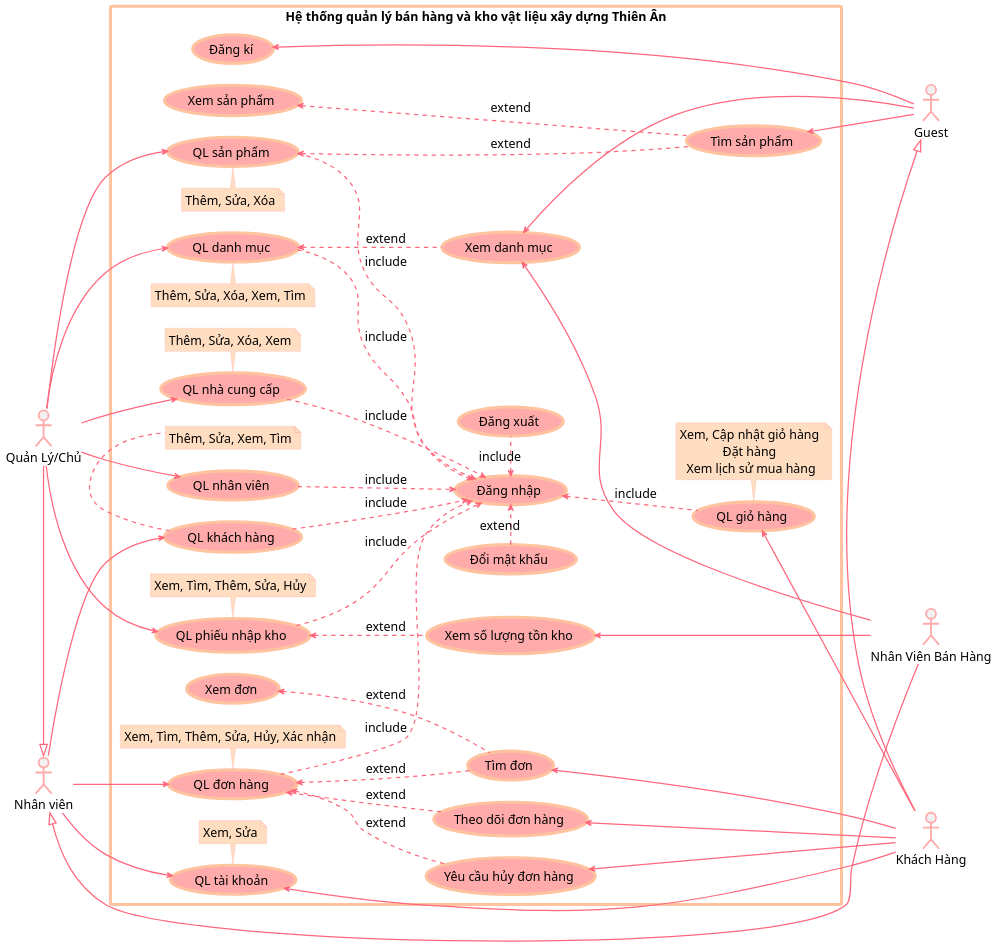
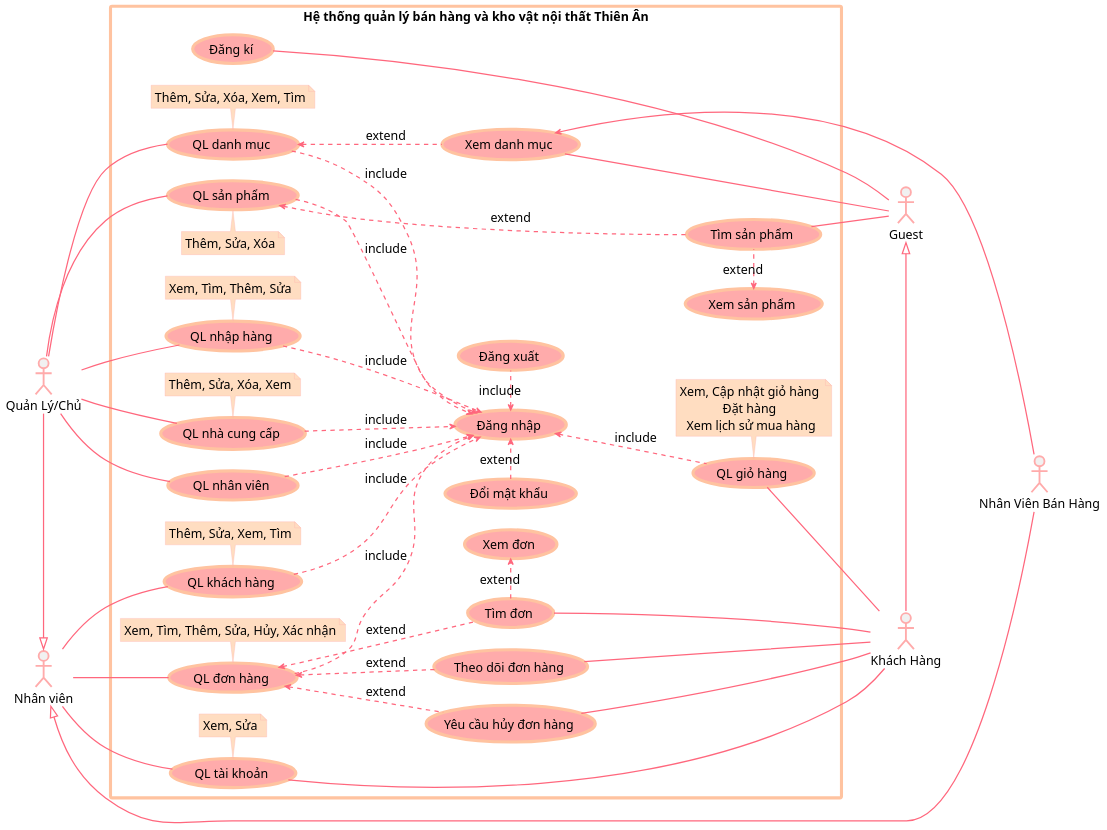
One commit to ThanhdatOris/LAB2211 changed the diagram in assets/plantuml/Oris/OrisUC/Oris-NewUC.puml. Above: the diagram before and after it, drawn with PlantUML. The commit also changed other lines of this file and 4 other files, not shown here.

```diff
--- a/assets/plantuml/Oris/OrisUC/Oris-NewUC.puml
+++ b/assets/plantuml/Oris/OrisUC/Oris-NewUC.puml
@@ -5,175 +5,175 @@
 @startuml
 
 skinparam shadowing false
 skinparam defaultFontName Montserrat
 skinparam defaultFontSize 20
 skinparam ArrowThickness 2
 skinparam ArrowMessageAlignment center
 skinparam ArrowHeadColor #FF677D
 
 
 skinparam note {
     BackgroundColor #FFDDC1
     BorderColor #FFABAB
     FontName Montserrat
     TextAlign center
 }
 skinparam usecase {
     BackgroundColor #FFABAB
     BorderColor #FFC3A0
     ArrowColor #FF677D
     FontName Montserrat
     BorderThickness 5
 }
 skinparam actor {
     BorderColor #FFABAB
     BorderThickness 3
 }
 
 skinparam rectangle {
     FontName "Montserrat BLack"
     BorderColor #FFC3A0
     BorderThickness 5
     ArrowColor #FF677D
 }
 
 left to right direction
 
 '------------- Actor -------------
 
 actor "Nhân viên" as NV
 actor "Quản Lý/Chủ" as NVQL
 actor "Nhân Viên Bán Hàng" as NVBH
 actor "Guest" as GUEST
 actor "Khách Hàng" as KH
 
     '----------- Kế thừa -----------
 
     ' NVQL --|> NV
     NV <|-left- NVQL
     ' NVBH --|> NV
-    NV <|-down- NVBH
+    NV <|-down----- NVBH
     ' KH --|> GUEST
     GUEST <|-right- KH
 
 '------------- Boundary -------------
 
-rectangle "Hệ thống quản lý bán hàng và kho vật liệu xây dựng Thiên Ân" {
+rectangle "Hệ thống quản lý bán hàng và kho vật nội thất Thiên Ân" {
 
     '>>>>>>>>>>>>>>> Khai báo >>>>>>>>>>>>>>>
 
-    '------------- UceeCase Tổng quát -------------
+    '------------- UseCase Tổng quát -------------
 
     'Quản lý Tài khoản
     (QL tài khoản) as QLTK
     'Quản lý Danh mục
     (QL danh mục) as QLDM
-    'Quản lý Kho hàng
-    (QL phiếu nhập kho) as QLKHO
+    'Quản lý Nhập hàng
+    (QL nhập hàng) as QLKHO
     'Quản lý Nhân viên
     (QL nhân viên) as QLNV
     'Quản lý Nhà cung cấp
     (QL nhà cung cấp) as QLNCC
     'Quản lý Đơn hàng
     (QL đơn hàng) as QLDH
     'Quản lý Sản phẩm
     (QL sản phẩm) as QLSP
     'Quản lý Giỏ hàng
     (QL giỏ hàng) as QLGH
     'Quản lý Khách hàng
     (QL khách hàng) as QLKH
 
     note bottom of QLTK: Xem, Sửa
-    note top of QLDM: Thêm, Sửa, Xóa, Xem, Tìm
-    note bottom of QLKHO: Xem, Tìm, Thêm, Sửa, Hủy
+    note bottom of QLDM: Thêm, Sửa, Xóa, Xem, Tìm
+    note bottom of QLKHO: Xem, Tìm, Thêm, Sửa
     note bottom of QLNCC: Thêm, Sửa, Xóa, Xem
     note bottom of QLDH: Xem, Tìm, Thêm, Sửa, Hủy, Xác nhận
     note top of QLSP: Thêm, Sửa, Xóa
     note bottom of QLGH: Xem, Cập nhật giỏ hàng \nĐặt hàng \nXem lịch sử mua hàng
     note bottom of QLKH: Thêm, Sửa, Xem, Tìm
 
-    '------------- UceeCase Chi tiết -------------
+    '------------- UseCase Chi tiết -------------
 
     (Xem danh mục) as XEM_DMSP
-    (Xem số lượng tồn kho) as XEM_HANG
+    ' (Xem số lượng tồn kho) as XEM_HANG
     (Tìm đơn) as TIM_DH
     (Xem đơn) as XEM_DH
     (Theo dõi đơn hàng) as THEO_DOI_DH
     (Yêu cầu hủy đơn hàng) as YCHUY_DH
     (Xem sản phẩm) as XEM_SP
     (Tìm sản phẩm) as TIM_SP
     
     (Đăng xuất) as Logout
     (Đăng nhập) as Login
     (Đăng kí) as SignUp
     (Đổi mật khẩu) as ChangePass
 
     '>>>>>>>>>>>>>>> Hướng >>>>>>>>>>>>>>
 
     Login <. Logout: include
     ChangePass .> Login : extend
     
     'Tất cả các usecase đều include Login
     QLDM ..> Login : include
     QLDH ..> Login : include
     QLSP ..> Login : include
     QLNCC ..> Login : include
     QLKH ..> Login : include
     QLNV ..> Login : include
     QLKHO ..> Login : include
     Login <.. QLGH: include
 
     '----------- Nhân viên (Parent) -----------
     
-    NV --> QLDH
-    NV --> QLTK
-    NV --> QLKH
+    NV -- QLDH
+    NV -- QLTK
+    NV -- QLKH
 
     '----------- Quản lý -----------
 
-    NVQL --> QLDM
-    NVQL --> QLKHO
-    NVQL --> QLNV
-    NVQL --> QLNCC
-    NVQL --> QLSP
+    NVQL -- QLDM
+    NVQL -- QLKHO
+    NVQL -- QLNV
+    NVQL -- QLNCC
+    NVQL -- QLSP
 
     'Sản phẩm
     QLSP <... TIM_SP: extend
 
     'Danh mục sp
     QLDM <.. XEM_DMSP: extend
 
     'Kho hàng
-    QLKHO <.. XEM_HANG  : extend
+    ' QLKHO <.. XEM_HANG  : extend
 
     'Đơn hàng
     QLDH <.. TIM_DH: extend
 
     '----------- Nhân Viên Bán Hàng -----------
 
     ' NVBH ---> XEM_HANG
     ' NVBH --> XEM_DMSP
 
-    XEM_HANG <--- NVBH
+    ' XEM_HANG <--- NVBH
     XEM_DMSP <--- NVBH
 
     '----------- Khách Hàng -----------
 
-    SignUp <- GUEST
-    TIM_SP <-- GUEST
-    XEM_DMSP <-- GUEST
+    SignUp - GUEST
+    TIM_SP -- GUEST
+    XEM_DMSP -- GUEST
 
-    XEM_SP <... TIM_SP: extend
-    XEM_DH <.. TIM_DH: extend
+    XEM_SP <. TIM_SP: extend
+    TIM_DH .> XEM_DH: extend
 
     QLDH <.. YCHUY_DH: extend
     QLDH <.. THEO_DOI_DH: extend
 
-    QLGH <-- KH
-    QLTK <- KH
-    YCHUY_DH <-- KH
-    THEO_DOI_DH <-- KH
-    TIM_DH <-- KH
+    QLGH -- KH
+    QLTK - KH
+    YCHUY_DH -- KH
+    THEO_DOI_DH -- KH
+    TIM_DH -- KH
 }
 
 @enduml
```
